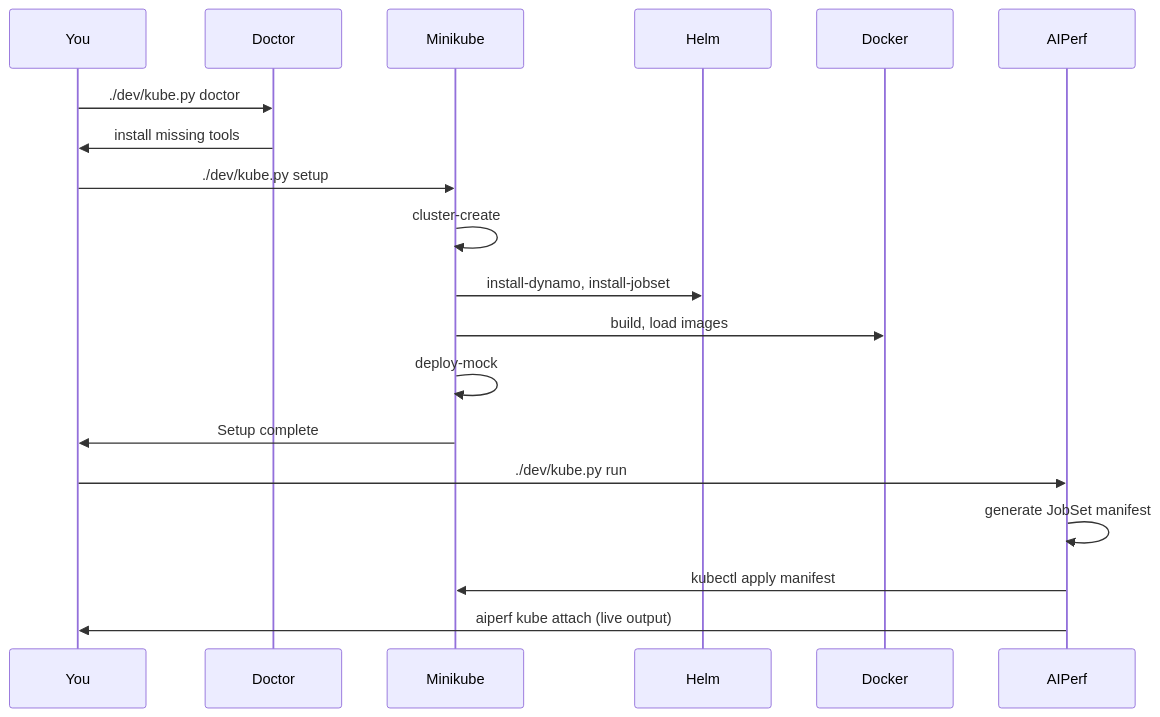
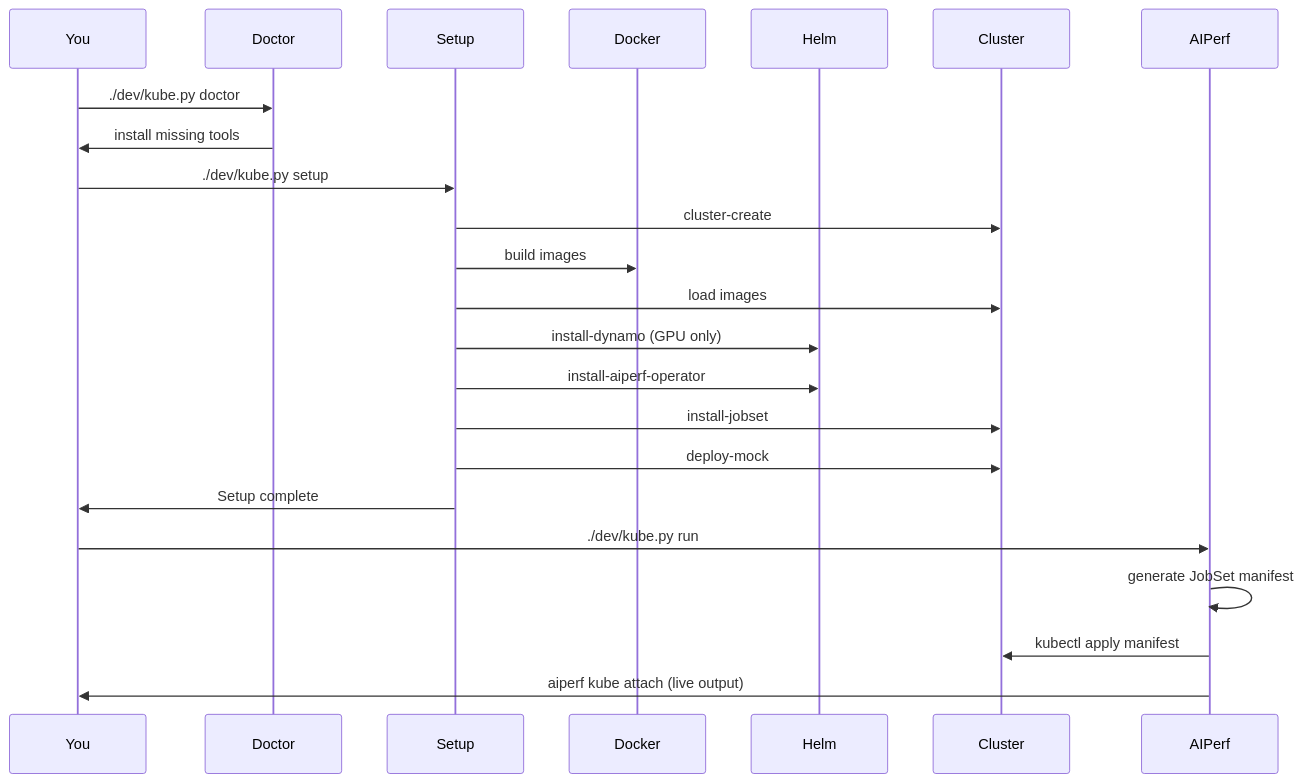
Before and after one commit to ai-dynamo/aiperf: the second of 2 diagrams in dev/README.md, drawn with Mermaid. The commit also changed other lines of this file and 44 other files, not shown here.

````diff
--- a/dev/README.md
+++ b/dev/README.md
@@ -84,21 +92,25 @@
 ```mermaid
 sequenceDiagram
   participant You
   participant Doctor
-  participant Minikube
+  participant Setup
+  participant Docker
   participant Helm
-  participant Docker
+  participant Cluster
   participant AIPerf
   You->>Doctor: ./dev/kube.py doctor
   Doctor->>You: install missing tools
-  You->>Minikube: ./dev/kube.py setup
-  Minikube->>Minikube: cluster-create
-  Minikube->>Helm: install-dynamo, install-jobset
-  Minikube->>Docker: build, load images
-  Minikube->>Minikube: deploy-mock
-  Minikube->>You: Setup complete
+  You->>Setup: ./dev/kube.py setup
+  Setup->>Cluster: cluster-create
+  Setup->>Docker: build images
+  Setup->>Cluster: load images
+  Setup->>Helm: install-dynamo (GPU only)
+  Setup->>Helm: install-aiperf-operator
+  Setup->>Cluster: install-jobset
+  Setup->>Cluster: deploy-mock
+  Setup->>You: Setup complete
   You->>AIPerf: ./dev/kube.py run
   AIPerf->>AIPerf: generate JobSet manifest
-  AIPerf->>Minikube: kubectl apply manifest
+  AIPerf->>Cluster: kubectl apply manifest
   AIPerf->>You: aiperf kube attach (live output)
 ```
````
